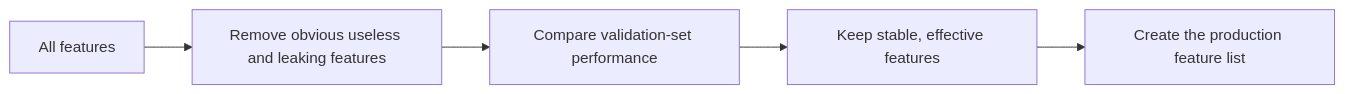
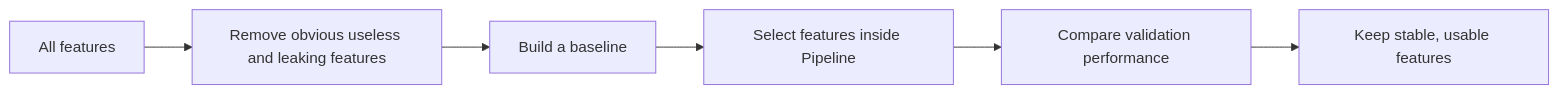
One commit to oudbiao/AI-fullstack-course changed the diagram in docs/ch05-machine-learning/ch05-feature-engineering/04-feature-selection.md. Above: the diagram before and after it, drawn with Mermaid. The commit also changed other lines of this file and 5 other files, not shown here.

````diff
--- a/docs/ch05-machine-learning/ch05-feature-engineering/04-feature-selection.md
+++ b/docs/ch05-machine-learning/ch05-feature-engineering/04-feature-selection.md
@@ -29,7 +33,8 @@
 ```mermaid
 flowchart LR
-  A[All features] --> B[Remove obvious useless and leaking features]
-  B --> C[Compare validation-set performance]
-  C --> D[Keep stable, effective features]
-  D --> E[Create the production feature list]
+  A["All features"] --> B["Remove obvious useless and leaking features"]
+  B --> C["Build a baseline"]
+  C --> D["Select features inside Pipeline"]
+  D --> E["Compare validation performance"]
+  E --> F["Keep stable, usable features"]
 ```
````
